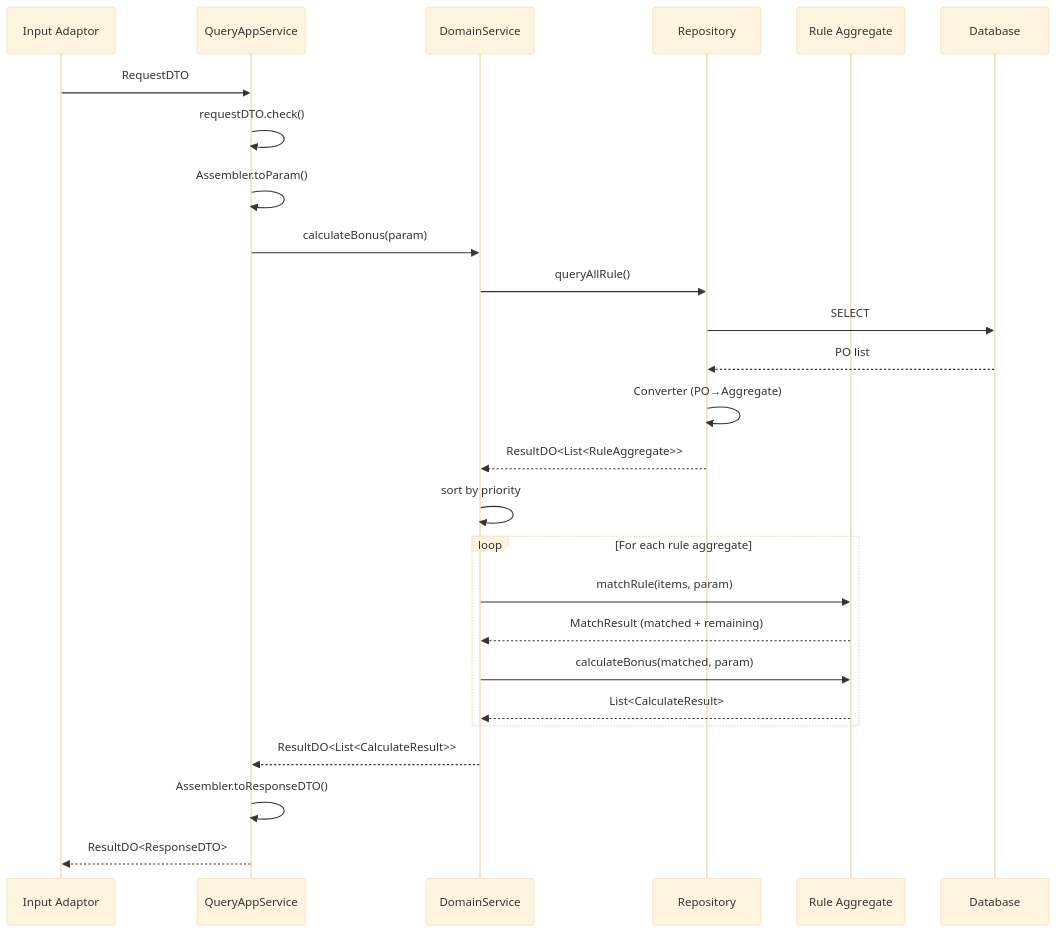
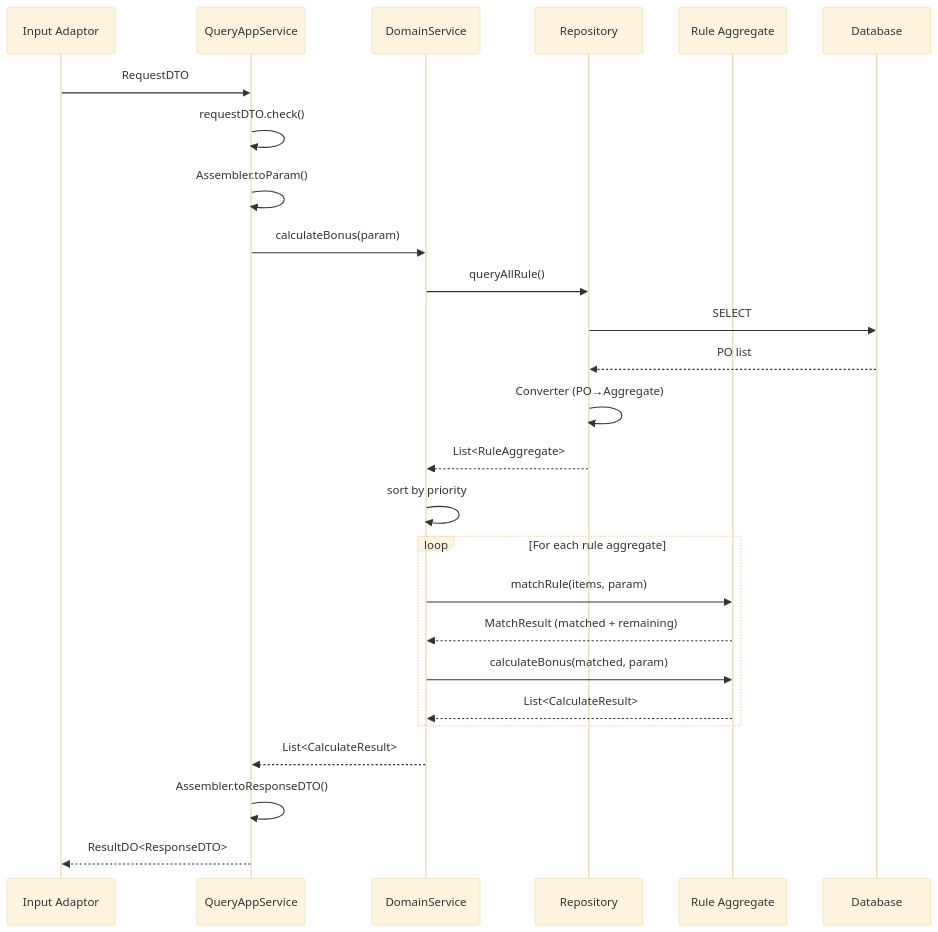
Before and after one commit to bookiosk/ddd-check: the sixth of 6 diagrams in references/overview.md, drawn with Mermaid (base theme). The commit also changed other lines of this file and 13 other files, not shown here.

````diff
--- a/references/overview.md
+++ b/references/overview.md
@@ -293,29 +293,29 @@
 ```mermaid
 sequenceDiagram
     participant I as Input Adaptor
     participant Q as QueryAppService
     participant D as DomainService
     participant R as Repository
     participant Agg as Rule Aggregate
     participant DB as Database
 
     I->>Q: RequestDTO
     Q->>Q: requestDTO.check()
     Q->>Q: Assembler.toParam()
     Q->>D: calculateBonus(param)
     D->>R: queryAllRule()
     R->>DB: SELECT
     DB-->>R: PO list
     R->>R: Converter (PO→Aggregate)
-    R-->>D: ResultDO<List<RuleAggregate>>
+    R-->>D: List<RuleAggregate>
     D->>D: sort by priority
     loop For each rule aggregate
         D->>Agg: matchRule(items, param)
         Agg-->>D: MatchResult (matched + remaining)
         D->>Agg: calculateBonus(matched, param)
         Agg-->>D: List<CalculateResult>
     end
-    D-->>Q: ResultDO<List<CalculateResult>>
+    D-->>Q: List<CalculateResult>
     Q->>Q: Assembler.toResponseDTO()
     Q-->>I: ResultDO<ResponseDTO>
 ```
````
